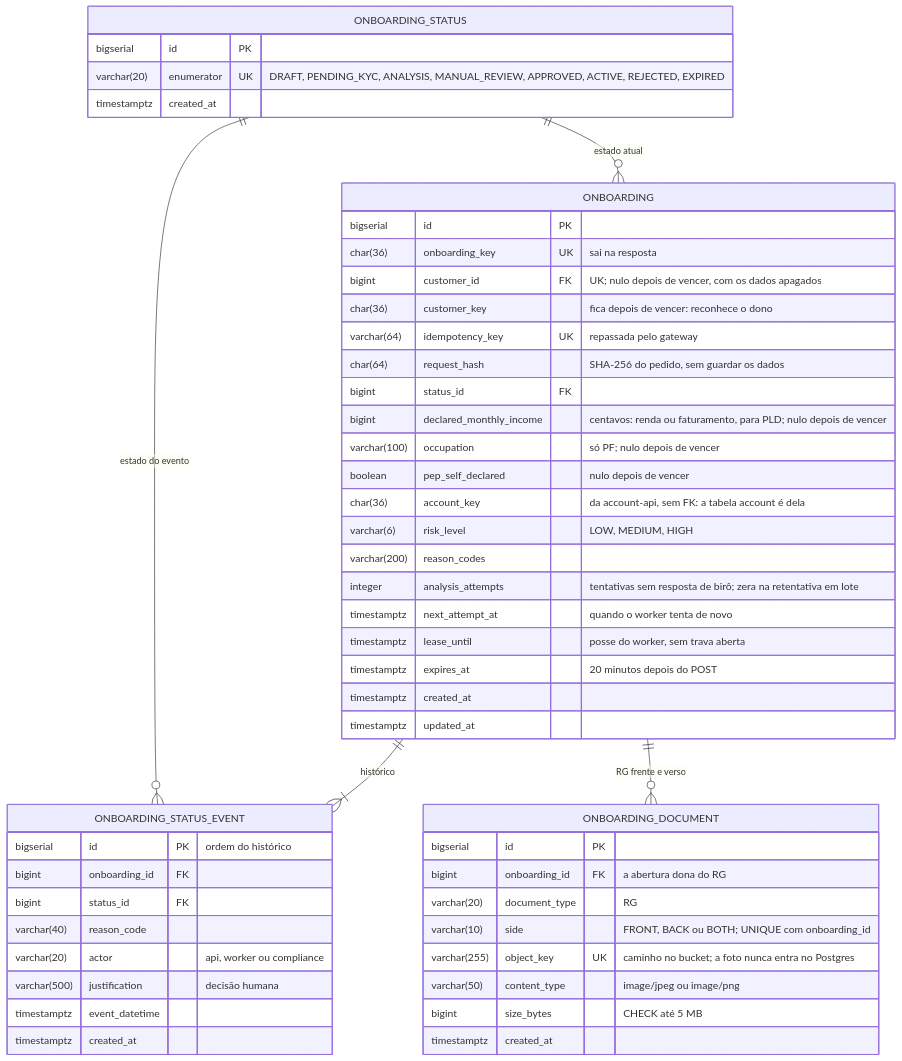
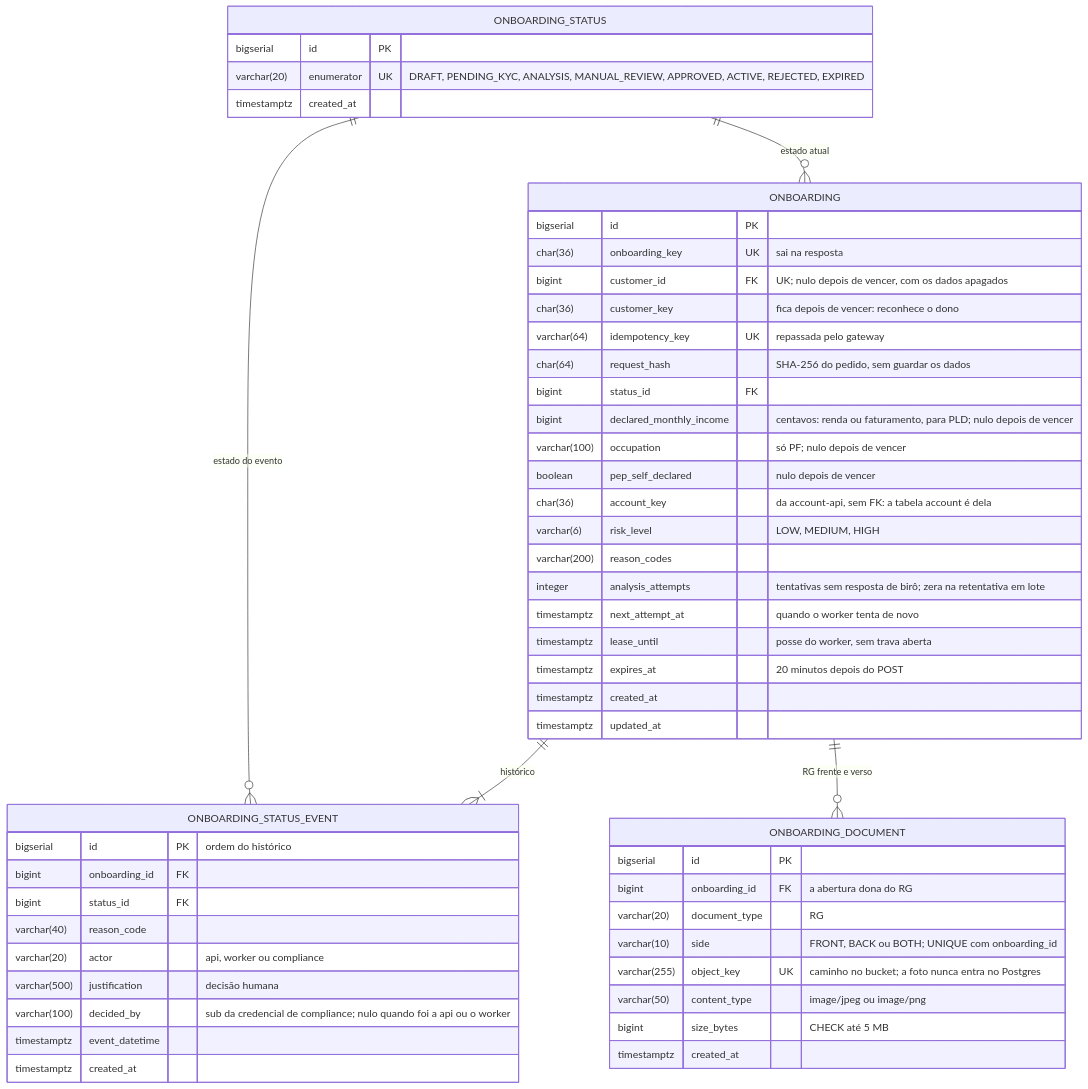
One commit to eduardoVL123/bootcampQitech_bancoDigital changed the third of 14 diagrams in docs/rfc/05-onboarding-api.md. Above: the diagram before and after it, drawn with Mermaid. The commit also changed other lines of this file and 17 other files, not shown here.

````diff
--- a/docs/rfc/05-onboarding-api.md
+++ b/docs/rfc/05-onboarding-api.md
@@ -277,53 +279,54 @@
 ```mermaid
 erDiagram
     ONBOARDING_STATUS ||--o{ ONBOARDING : "estado atual"
     ONBOARDING_STATUS ||--o{ ONBOARDING_STATUS_EVENT : "estado do evento"
     ONBOARDING ||--|{ ONBOARDING_STATUS_EVENT : "histórico"
     ONBOARDING ||--o{ ONBOARDING_DOCUMENT : "RG frente e verso"
     ONBOARDING_STATUS {
         bigserial id PK
         varchar(20) enumerator UK "DRAFT, PENDING_KYC, ANALYSIS, MANUAL_REVIEW, APPROVED, ACTIVE, REJECTED, EXPIRED"
         timestamptz created_at
     }
     ONBOARDING {
         bigserial id PK
         char(36) onboarding_key UK "sai na resposta"
         bigint customer_id FK "UK; nulo depois de vencer, com os dados apagados"
         char(36) customer_key "fica depois de vencer: reconhece o dono"
         varchar(64) idempotency_key UK "repassada pelo gateway"
         char(64) request_hash "SHA-256 do pedido, sem guardar os dados"
         bigint status_id FK
         bigint declared_monthly_income "centavos: renda ou faturamento, para PLD; nulo depois de vencer"
         varchar(100) occupation "só PF; nulo depois de vencer"
         boolean pep_self_declared "nulo depois de vencer"
         char(36) account_key "da account-api, sem FK: a tabela account é dela"
         varchar(6) risk_level "LOW, MEDIUM, HIGH"
         varchar(200) reason_codes
         integer analysis_attempts "tentativas sem resposta de birô; zera na retentativa em lote"
         timestamptz next_attempt_at "quando o worker tenta de novo"
         timestamptz lease_until "posse do worker, sem trava aberta"
         timestamptz expires_at "20 minutos depois do POST"
         timestamptz created_at
         timestamptz updated_at
     }
     ONBOARDING_STATUS_EVENT {
         bigserial id PK "ordem do histórico"
         bigint onboarding_id FK
         bigint status_id FK
         varchar(40) reason_code
         varchar(20) actor "api, worker ou compliance"
         varchar(500) justification "decisão humana"
+        varchar(100) decided_by "sub da credencial de compliance; nulo quando foi a api ou o worker"
         timestamptz event_datetime
         timestamptz created_at
     }
     ONBOARDING_DOCUMENT {
         bigserial id PK
         bigint onboarding_id FK "a abertura dona do RG"
         varchar(20) document_type "RG"
         varchar(10) side "FRONT, BACK ou BOTH; UNIQUE com onboarding_id"
         varchar(255) object_key UK "caminho no bucket; a foto nunca entra no Postgres"
         varchar(50) content_type "image/jpeg ou image/png"
         bigint size_bytes "CHECK até 5 MB"
         timestamptz created_at
     }
 ```
````
